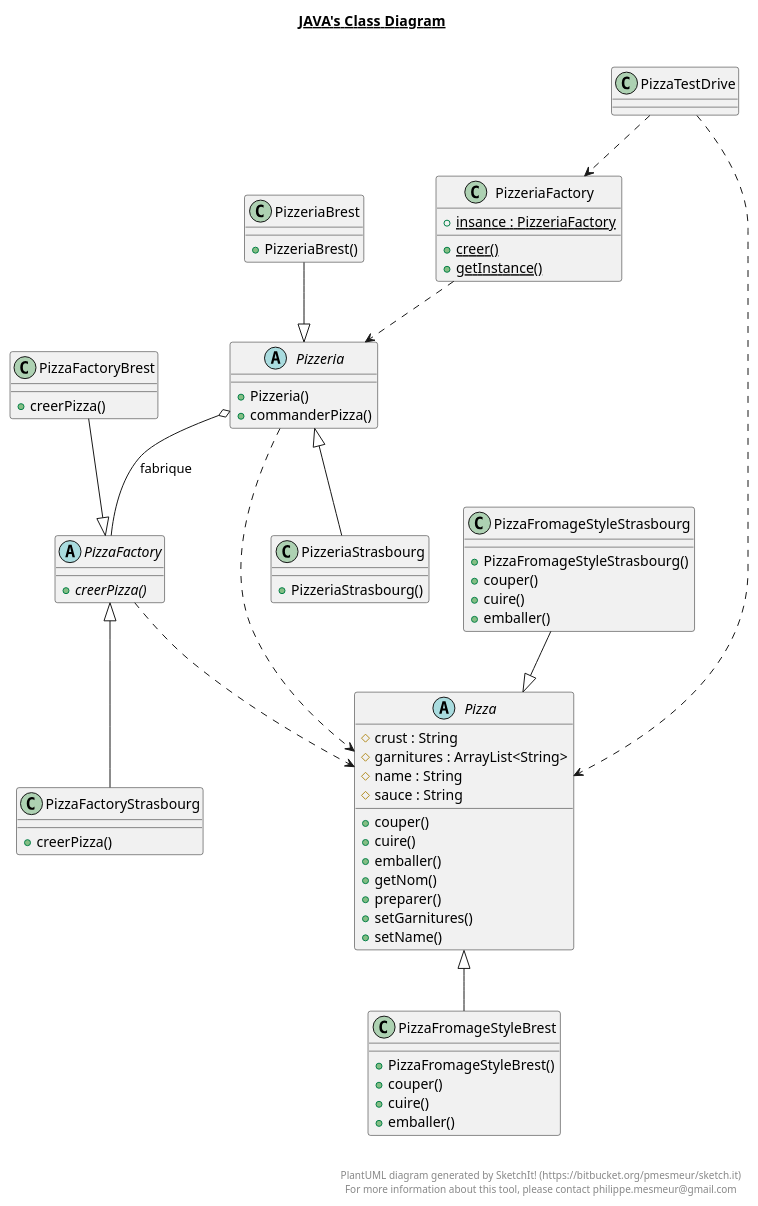
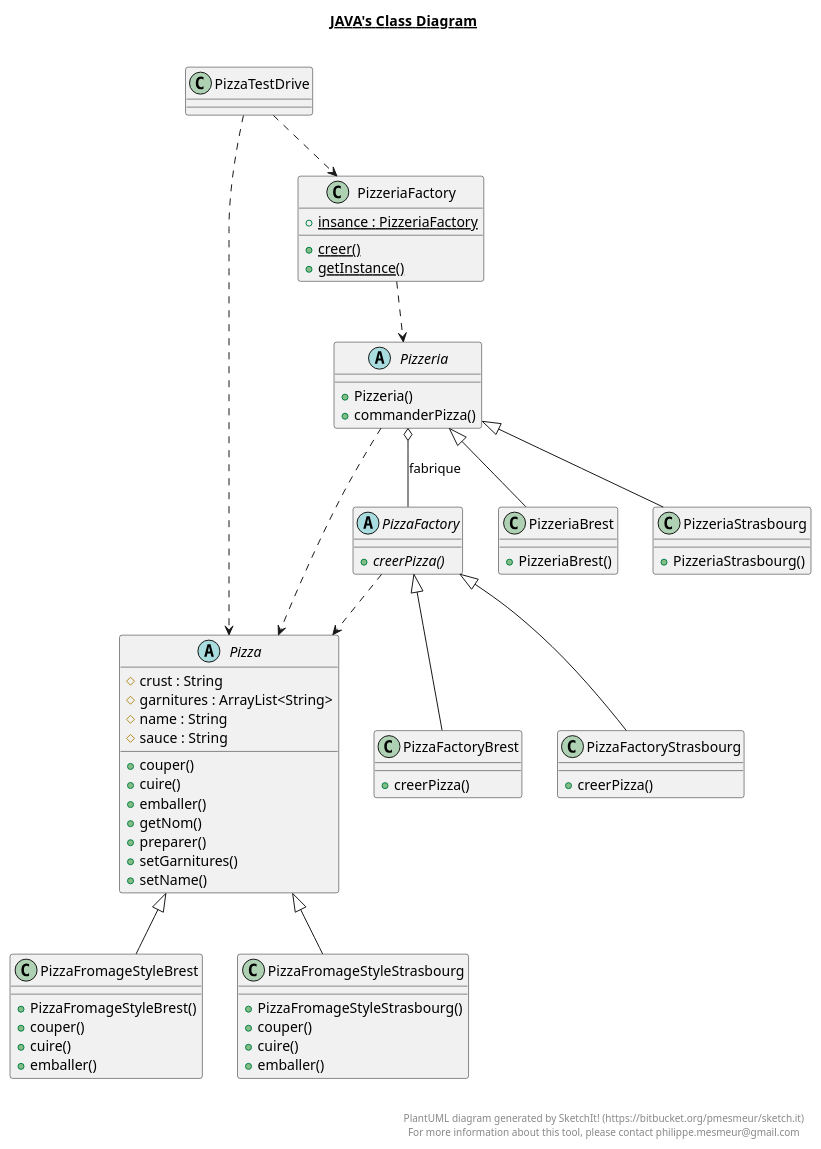
One commit to IUT-Blagnac/cpoa-tp3-Sbigourie changed the diagram in docs/TP3.plantuml. Above: the diagram before and after it, drawn with PlantUML. The commit also changed 2 other files, not shown here.

Commit message:
update plantuml

```diff
--- a/docs/TP3.plantuml
+++ b/docs/TP3.plantuml
@@ -1,114 +1,114 @@
 @startuml
 
 title __JAVA's Class Diagram__\n
 
 
     abstract class Pizza {
         # crust : String
         # garnitures : ArrayList<String>
         # name : String
         # sauce : String
         + couper()
         + cuire()
         + emballer()
         + getNom()
         + preparer()
         + setGarnitures()
         + setName()
     }
 
 
 
 
     abstract class PizzaFactory {
         {abstract} + creerPizza()
     }
 
 
 
 
     class PizzaFactoryBrest {
         + creerPizza()
     }
 
 
 
 
     class PizzaFactoryStrasbourg {
         + creerPizza()
     }
 
 
 
 
     class PizzaFromageStyleBrest {
         + PizzaFromageStyleBrest()
         + couper()
         + cuire()
         + emballer()
     }
 
 
     class PizzaFromageStyleStrasbourg {
         + PizzaFromageStyleStrasbourg()
         + couper()
         + cuire()
         + emballer()
     }
 
 
 
 
     abstract class Pizzeria {
         + Pizzeria()
         + commanderPizza()
     }
 
 
 
 
     class PizzeriaBrest {
         + PizzeriaBrest()
     }
 
 
 
 
     class PizzeriaFactory {
         {static} + insance : PizzeriaFactory
         {static} + creer()
         {static} + getInstance()
     }
 
 
 
 
     class PizzeriaStrasbourg {
         + PizzeriaStrasbourg()
     }
 
 
 
     Pizzeria ..> Pizza
     PizzeriaFactory ..> Pizzeria
     PizzaFactory ..> Pizza
     PizzaTestDrive ..> Pizza
     PizzaTestDrive ..> PizzeriaFactory
 
-  PizzaFactoryBrest --|> PizzaFactory
+  PizzaFactory <|-- PizzaFactoryBrest
   PizzaFactory <|-- PizzaFactoryStrasbourg
   Pizza <|-- PizzaFromageStyleBrest
-  PizzaFromageStyleStrasbourg --|> Pizza
+  Pizza <|-- PizzaFromageStyleStrasbourg
   Pizzeria o-- PizzaFactory : fabrique
-  PizzeriaBrest --|> Pizzeria
+  Pizzeria <|-- PizzeriaBrest
   Pizzeria <|-- PizzeriaStrasbourg
 
 
 right footer
 
 
 PlantUML diagram generated by SketchIt! (https://bitbucket.org/pmesmeur/sketch.it)
 For more information about this tool, please contact philippe.mesmeur@gmail.com
 endfooter
 
 @enduml
```
